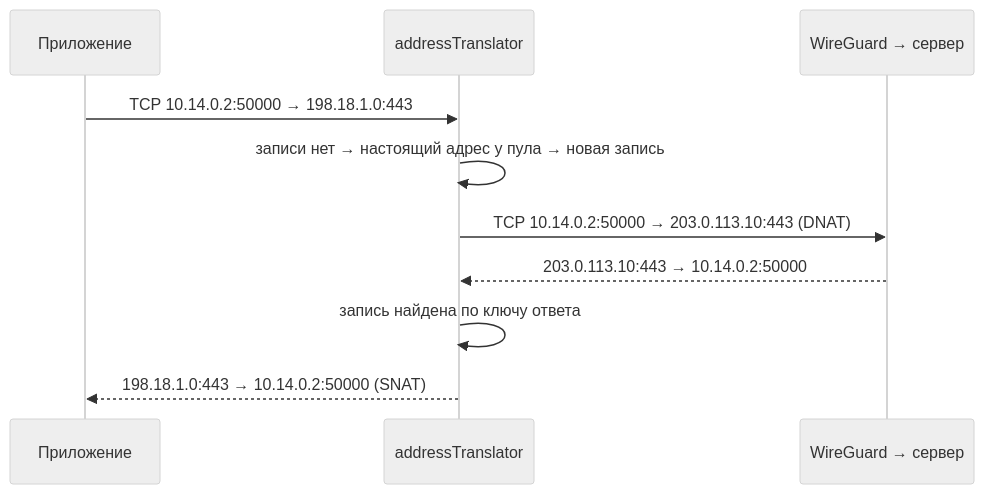
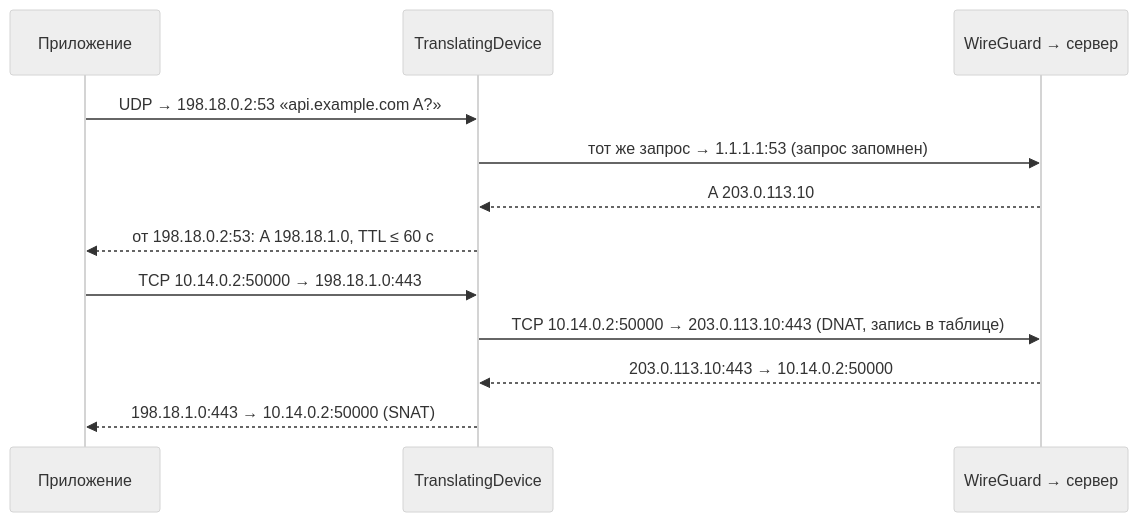
Before and after one commit to facelessdiplomat/splitway: the diagram in docs/features/ServiceRouting.md, drawn with Mermaid (neutral theme). The commit also changed other lines of this file and 1 other file, not shown here.

First line of the commit message:
docs(ServiceRouting): describe the fake address pool and the DNS interception

````diff
--- a/docs/features/ServiceRouting.md
+++ b/docs/features/ServiceRouting.md
@@ -24,12 +24,14 @@
 ```mermaid
 sequenceDiagram
   participant A as Приложение
-  participant T as addressTranslator
+  participant D as TranslatingDevice
   participant W as WireGuard → сервер
-  A->>T: TCP 10.14.0.2:50000 → 198.18.1.0:443
-  T->>T: записи нет → настоящий адрес у пула → новая запись
-  T->>W: TCP 10.14.0.2:50000 → 203.0.113.10:443 (DNAT)
-  W-->>T: 203.0.113.10:443 → 10.14.0.2:50000
-  T->>T: запись найдена по ключу ответа
-  T-->>A: 198.18.1.0:443 → 10.14.0.2:50000 (SNAT)
+  A->>D: UDP → 198.18.0.2:53 «api.example.com A?»
+  D->>W: тот же запрос → 1.1.1.1:53 (запрос запомнен)
+  W-->>D: A 203.0.113.10
+  D-->>A: от 198.18.0.2:53: A 198.18.1.0, TTL ≤ 60 с
+  A->>D: TCP 10.14.0.2:50000 → 198.18.1.0:443
+  D->>W: TCP 10.14.0.2:50000 → 203.0.113.10:443 (DNAT, запись в таблице)
+  W-->>D: 203.0.113.10:443 → 10.14.0.2:50000
+  D-->>A: 198.18.1.0:443 → 10.14.0.2:50000 (SNAT)
 ```
````
